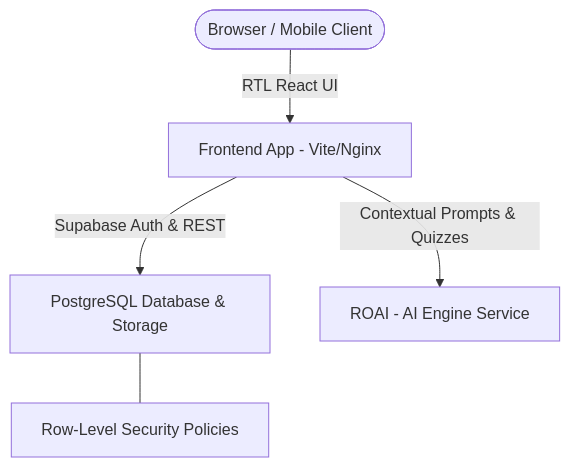
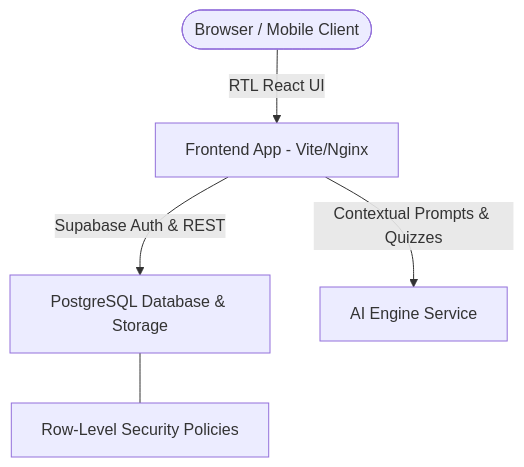
Before and after one commit to ta3allam/ta3: the diagram in README.md, drawn with Mermaid. The commit also changed other lines of this file and 7 other files, not shown here.

````diff
--- a/README.md
+++ b/README.md
@@ -11,7 +11,7 @@
 ```mermaid
 graph TD
     User([Browser / Mobile Client]) -->|RTL React UI| FE[Frontend App - Vite/Nginx]
     FE -->|Supabase Auth & REST| BE[PostgreSQL Database & Storage]
-    FE -->|Contextual Prompts & Quizzes| AI[ROAI - AI Engine Service]
+    FE -->|Contextual Prompts & Quizzes| AI[AI Engine Service]
     BE --- RLS[Row-Level Security Policies]
 ```
````
